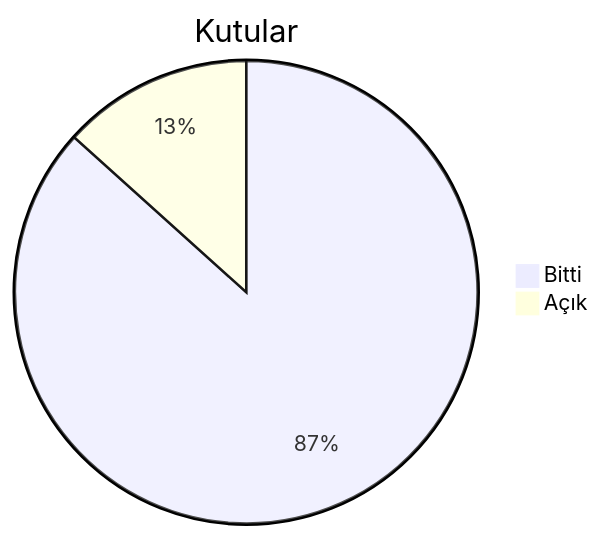
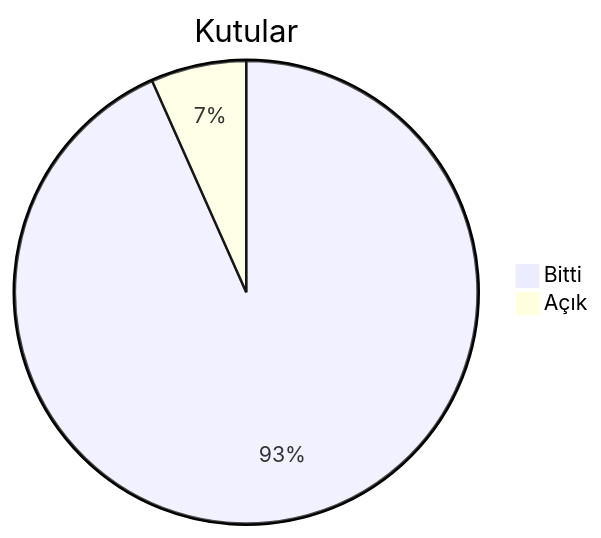
The second of 5 diagrams in docs/roadmap.md (dogancanyildiz/kenet), drawn with Mermaid before and after one commit. The commit also changed other lines of this file and 9 other files, not shown here.

````diff
--- a/docs/roadmap.md
+++ b/docs/roadmap.md
@@ -47,5 +47,5 @@
 ```mermaid
 pie title Kutular
-    "Bitti" : 117
-    "Açık" : 18
+    "Bitti" : 126
+    "Açık" : 9
 ```
````
